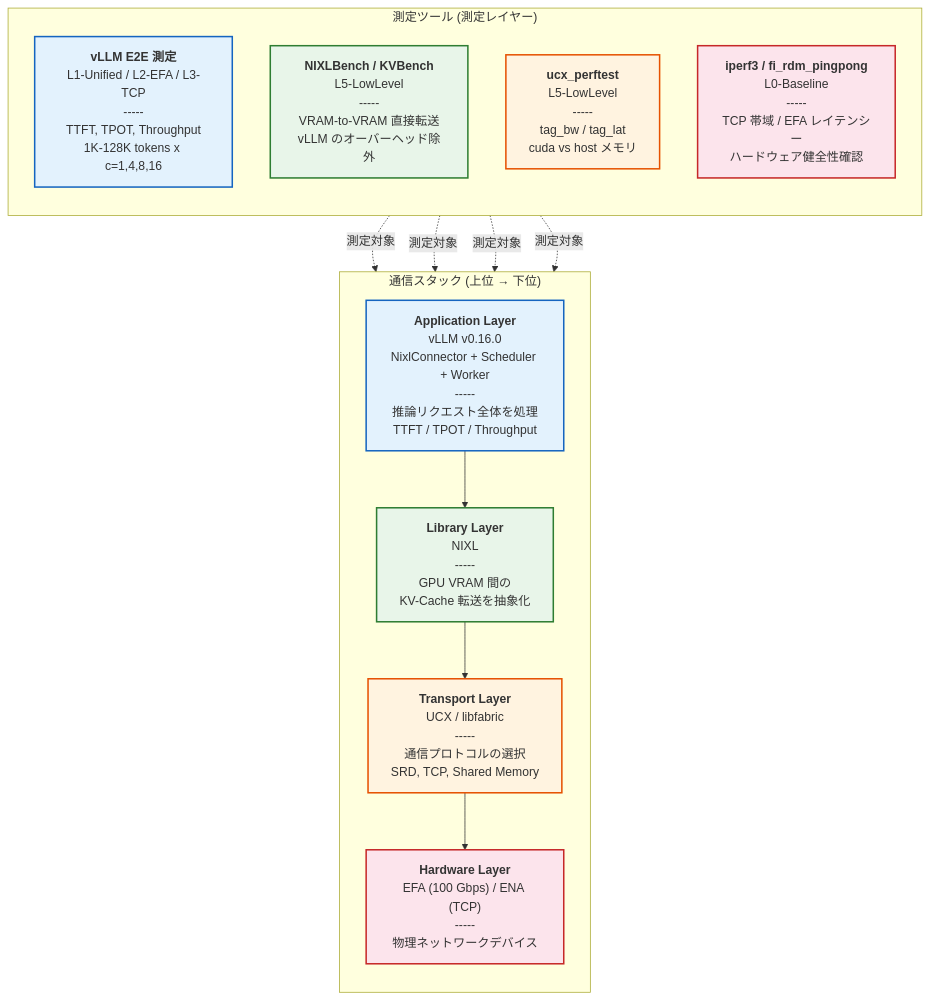
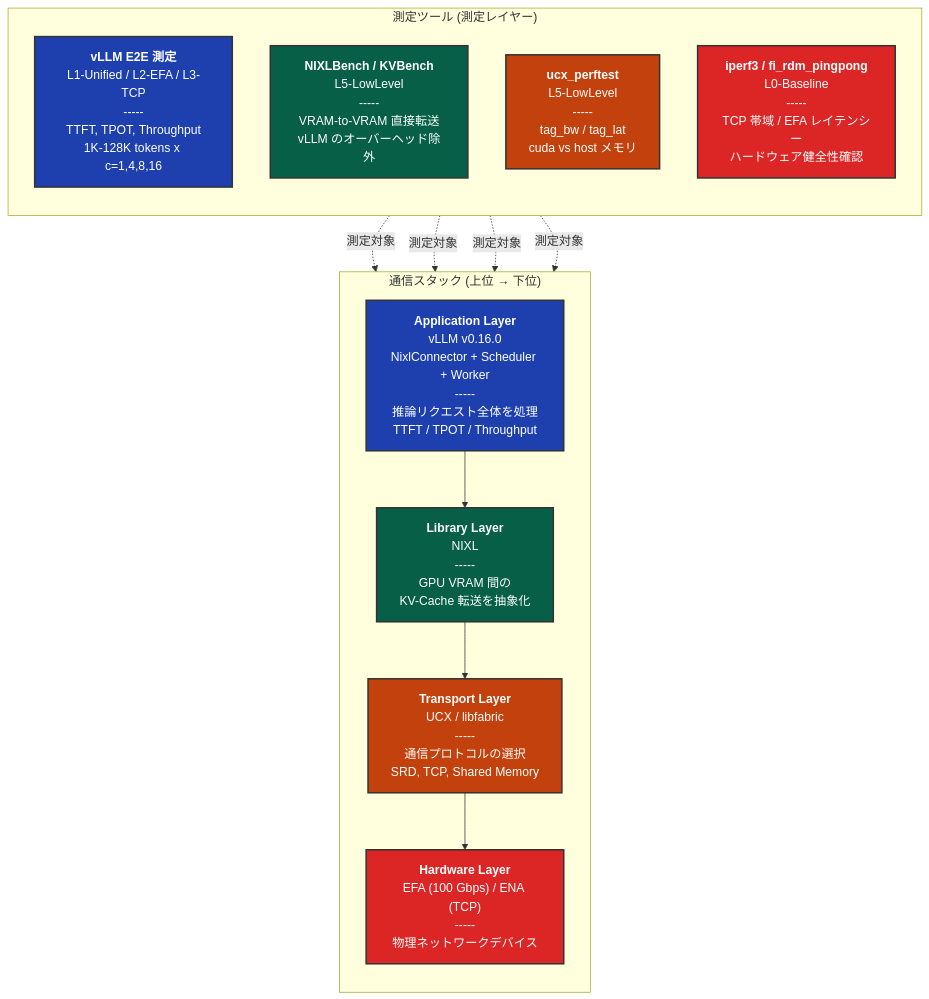
Before and after one commit to littlemex/zenn: the eighth of 15 diagrams in articles/3dd524130320d3.md, drawn with Mermaid. The commit also changed other lines of this file, not shown here.

````diff
--- a/articles/3dd524130320d3.md
+++ b/articles/3dd524130320d3.md
@@ -382,35 +389,35 @@
 ```mermaid
 graph TB
     subgraph STACK["通信スタック (上位 → 下位)"]
         direction TB
         APP["<b>Application Layer</b><br/>vLLM v0.16.0<br/>NixlConnector + Scheduler + Worker<br/>-----<br/>推論リクエスト全体を処理<br/>TTFT / TPOT / Throughput"]
         LIB["<b>Library Layer</b><br/>NIXL<br/>-----<br/>GPU VRAM 間の<br/>KV-Cache 転送を抽象化"]
         TRANS["<b>Transport Layer</b><br/>UCX / libfabric<br/>-----<br/>通信プロトコルの選択<br/>SRD, TCP, Shared Memory"]
         HW["<b>Hardware Layer</b><br/>EFA (100 Gbps) / ENA (TCP)<br/>-----<br/>物理ネットワークデバイス"]
         APP --> LIB
         LIB --> TRANS
         TRANS --> HW
     end
 
     subgraph TOOLS["測定ツール (測定レイヤー)"]
         direction TB
         T_E2E["<b>vLLM E2E 測定</b><br/>L1-Unified / L2-EFA / L3-TCP<br/>-----<br/>TTFT, TPOT, Throughput<br/>1K-128K tokens x c=1,4,8,16"]
         T_NIXL["<b>NIXLBench / KVBench</b><br/>L5-LowLevel<br/>-----<br/>VRAM-to-VRAM 直接転送<br/>vLLM のオーバーヘッド除外"]
         T_UCX["<b>ucx_perftest</b><br/>L5-LowLevel<br/>-----<br/>tag_bw / tag_lat<br/>cuda vs host メモリ"]
         T_BASE["<b>iperf3 / fi_rdm_pingpong</b><br/>L0-Baseline<br/>-----<br/>TCP 帯域 / EFA レイテンシー<br/>ハードウェア健全性確認"]
     end
 
     T_E2E -.->|"測定対象"| APP
     T_NIXL -.->|"測定対象"| LIB
     T_UCX -.->|"測定対象"| TRANS
     T_BASE -.->|"測定対象"| HW
 
-    style APP fill: #e3f2fd,stroke: #1565c0,stroke-width:2px
-    style LIB fill: #e8f5e9,stroke: #2e7d32,stroke-width:2px
-    style TRANS fill: #fff3e0,stroke: #e65100,stroke-width:2px
-    style HW fill: #fce4ec,stroke: #c62828,stroke-width:2px
-    style T_E2E fill: #e3f2fd,stroke: #1565c0,stroke-width:2px
-    style T_NIXL fill: #e8f5e9,stroke: #2e7d32,stroke-width:2px
-    style T_UCX fill: #fff3e0,stroke: #e65100,stroke-width:2px
-    style T_BASE fill: #fce4ec,stroke: #c62828,stroke-width:2px
+    style APP fill: #1e40af,stroke: #333,stroke-width:2px,color: #fff
+    style LIB fill: #065f46,stroke: #333,stroke-width:2px,color: #fff
+    style TRANS fill: #c2410c,stroke: #333,stroke-width:2px,color: #fff
+    style HW fill: #dc2626,stroke: #333,stroke-width:2px,color: #fff
+    style T_E2E fill: #1e40af,stroke: #333,stroke-width:2px,color: #fff
+    style T_NIXL fill: #065f46,stroke: #333,stroke-width:2px,color: #fff
+    style T_UCX fill: #c2410c,stroke: #333,stroke-width:2px,color: #fff
+    style T_BASE fill: #dc2626,stroke: #333,stroke-width:2px,color: #fff
 ```
````
